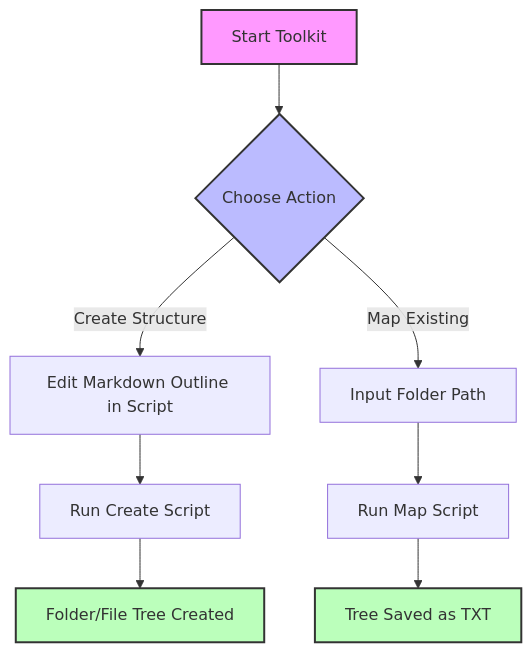
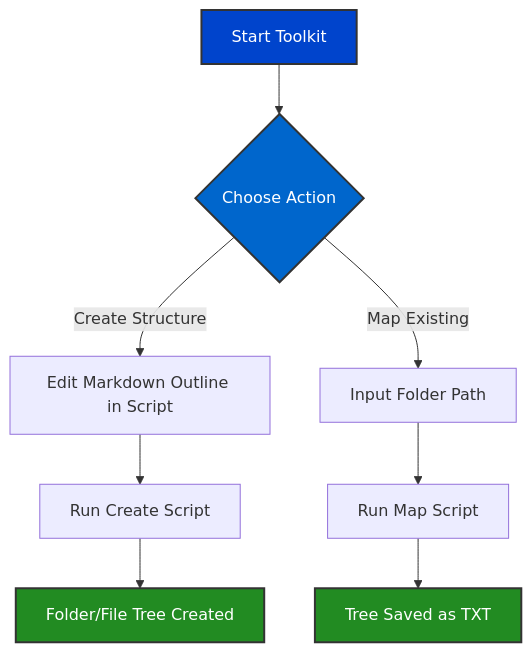
One commit to Mindrocket42/CluelessCodersToolBox changed the first of 2 diagrams in File-and-Folder-Structure/README.md. Above: the diagram before and after it, drawn with Mermaid. The commit also changed other lines of this file and 3 other files, not shown here.

First line of the commit message:
fix mermaid contrast

````diff
--- a/File-and-Folder-Structure/README.md
+++ b/File-and-Folder-Structure/README.md
@@ -84,16 +84,16 @@
 ```mermaid
 flowchart TD
     A[Start Toolkit] --> B{Choose Action}
     B -->|Create Structure| C[Edit Markdown Outline in Script]
     C --> D[Run Create Script]
     D --> E[Folder/File Tree Created]
 
     B -->|Map Existing| F[Input Folder Path]
     F --> G[Run Map Script]
     G --> H[Tree Saved as TXT]
 
-    style A fill:#f9f,stroke:#333,stroke-width:2px
-    style B fill:#bbf,stroke:#333,stroke-width:2px
-    style E fill:#bfb,stroke:#333,stroke-width:2px
-    style H fill:#bfb,stroke:#333,stroke-width:2px
+    style A fill:#0044cc,color:#fff,stroke:#333,stroke-width:2px
+    style B fill:#0066cc,color:#fff,stroke:#333,stroke-width:2px
+    style E fill:#228B22,color:#fff,stroke:#333,stroke-width:2px
+    style H fill:#228B22,color:#fff,stroke:#333,stroke-width:2px
 ```
````
